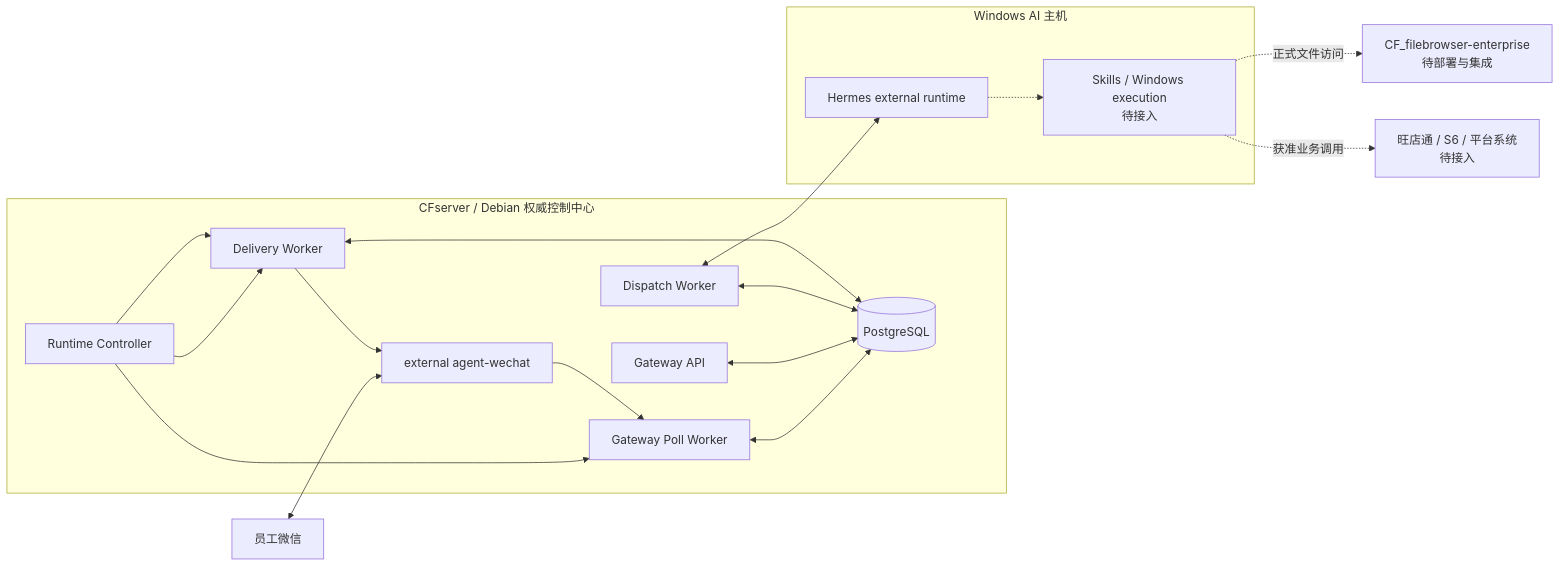
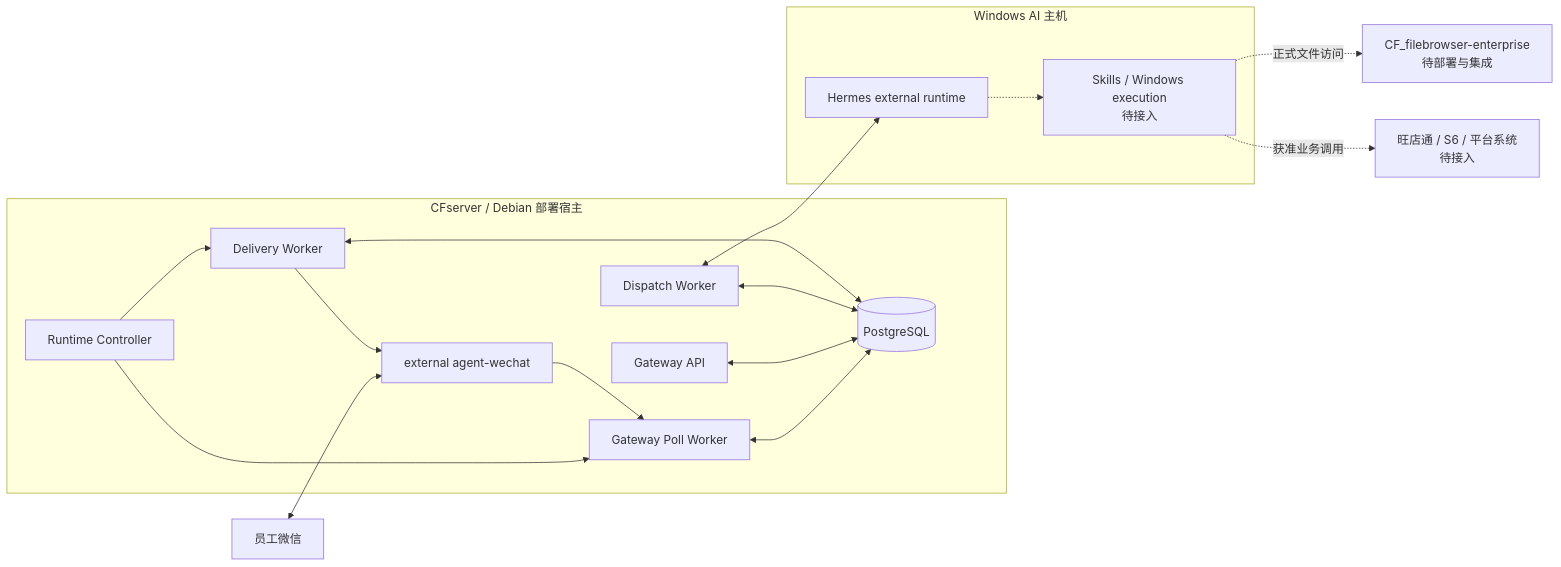
One commit to Tangbohu09527/CF_ecommerce-automation-docs changed the diagram in architecture/system-architecture.md. Above: the diagram before and after it, drawn with Mermaid. The commit also changed other lines of this file and 11 other files, not shown here.

````diff
--- a/architecture/system-architecture.md
+++ b/architecture/system-architecture.md
@@ -17,37 +17,36 @@
 ```mermaid
 flowchart LR
     U["员工微信"]
 
-    subgraph CFS["CFserver / Debian 权威控制中心"]
+    subgraph CFS["CFserver / Debian 部署宿主"]
         AW["external agent-wechat"]
         PW["Gateway Poll Worker"]
         API["Gateway API"]
         CTL["Runtime Controller"]
         PG[("PostgreSQL")]
         DW["Dispatch Worker"]
         DLW["Delivery Worker"]
         PW <--> PG
         API <--> PG
         CTL --> PW
-        CTL --> DLW
         CTL --> DLW
         DW <--> PG
         DLW <--> PG
     end
 
     subgraph AI["Windows AI 主机"]
         H["Hermes external runtime"]
         SK["Skills / Windows execution<br/>待接入"]
         H -.-> SK
     end
 
     FB["CF_filebrowser-enterprise<br/>待部署与集成"]
     BIZ["旺店通 / S6 / 平台系统<br/>待接入"]
 
     U <--> AW
     AW --> PW
     DW <--> H
     DLW --> AW
     SK -. "正式文件访问" .-> FB
     SK -. "获准业务调用" .-> BIZ
 ```
````
